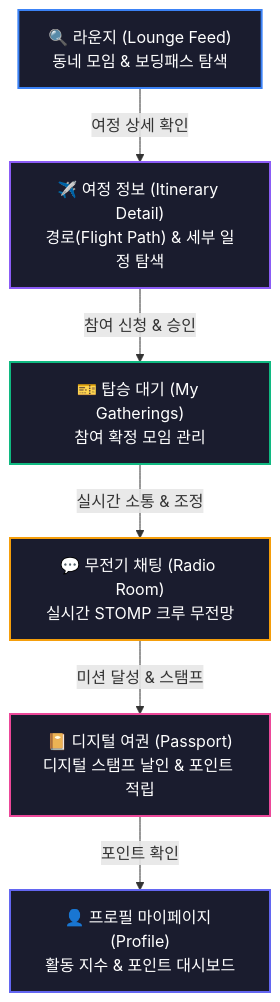
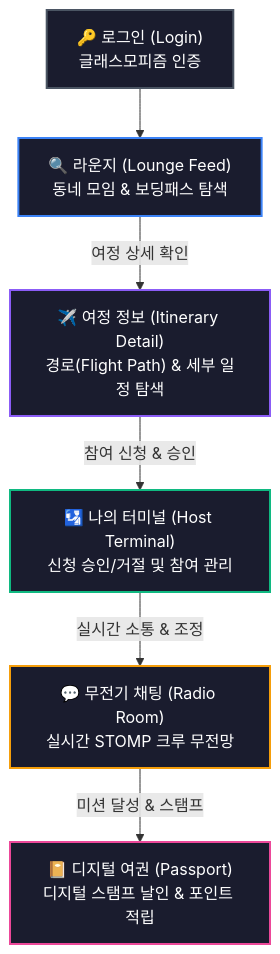
Before and after one commit to juhee77/TripGather: the diagram in README.md, drawn with Mermaid. The commit also changed other lines of this file and 12 other files, not shown here.

````diff
--- a/README.md
+++ b/README.md
@@ -58,15 +51,15 @@
 ```mermaid
 graph TD
-    A["🔍 라운지 (Lounge Feed)<br>동네 모임 & 보딩패스 탐색"] -->|여정 상세 확인| B["✈️ 여정 정보 (Itinerary Detail)<br>경로(Flight Path) & 세부 일정 탐색"]
-    B -->|참여 신청 & 승인| C["🎫 탑승 대기 (My Gatherings)<br>참여 확정 모임 관리"]
-    C -->|실시간 소통 & 조정| D["💬 무전기 채팅 (Radio Room)<br>실시간 STOMP 크루 무전망"]
-    D -->|미션 달성 & 스탬프| E["📔 디지털 여권 (Passport)<br>디지털 스탬프 날인 & 포인트 적립"]
-    E -->|포인트 확인| F["👤 프로필 마이페이지 (Profile)<br>활동 지수 & 포인트 대시보드"]
+    A["🔑 로그인 (Login)<br>글래스모피즘 인증"] --> B["🔍 라운지 (Lounge Feed)<br>동네 모임 & 보딩패스 탐색"]
+    B -->|여정 상세 확인| C["✈️ 여정 정보 (Itinerary Detail)<br>경로(Flight Path) & 세부 일정 탐색"]
+    C -->|참여 신청 & 승인| D["🛂 나의 터미널 (Host Terminal)<br>신청 승인/거절 및 참여 관리"]
+    D -->|실시간 소통 & 조정| E["💬 무전기 채팅 (Radio Room)<br>실시간 STOMP 크루 무전망"]
+    E -->|미션 달성 & 스탬프| F["📔 디지털 여권 (Passport)<br>디지털 스탬프 날인 & 포인트 적립"]
     
-    style A fill:#1a1c2e,stroke:#3b82f6,stroke-width:2px,color:#fff
-    style B fill:#1a1c2e,stroke:#8b5cf6,stroke-width:2px,color:#fff
-    style C fill:#1a1c2e,stroke:#10b981,stroke-width:2px,color:#fff
-    style D fill:#1a1c2e,stroke:#f59e0b,stroke-width:2px,color:#fff
-    style E fill:#1a1c2e,stroke:#ec4899,stroke-width:2px,color:#fff
-    style F fill:#1a1c2e,stroke:#6366f1,stroke-width:2px,color:#fff
+    style A fill:#1a1c2e,stroke:#4b5563,stroke-width:2px,color:#fff
+    style B fill:#1a1c2e,stroke:#3b82f6,stroke-width:2px,color:#fff
+    style C fill:#1a1c2e,stroke:#8b5cf6,stroke-width:2px,color:#fff
+    style D fill:#1a1c2e,stroke:#10b981,stroke-width:2px,color:#fff
+    style E fill:#1a1c2e,stroke:#f59e0b,stroke-width:2px,color:#fff
+    style F fill:#1a1c2e,stroke:#ec4899,stroke-width:2px,color:#fff
 ```
````
